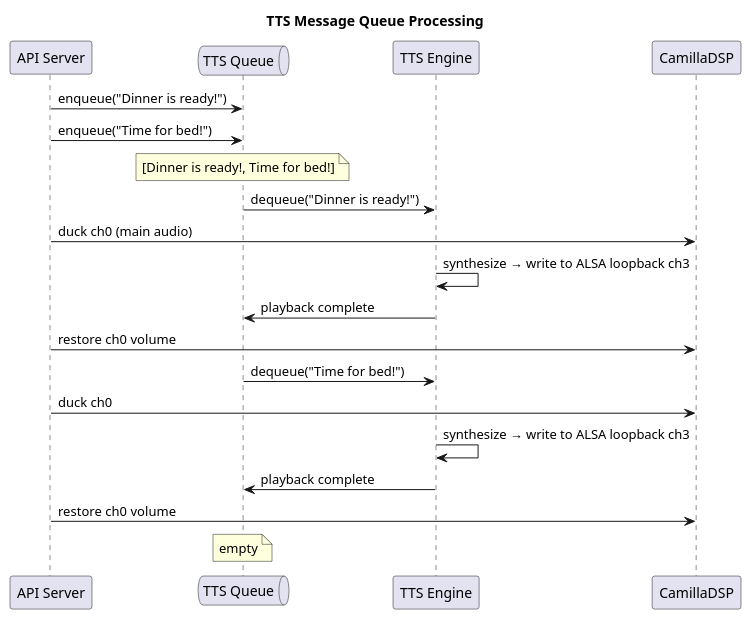
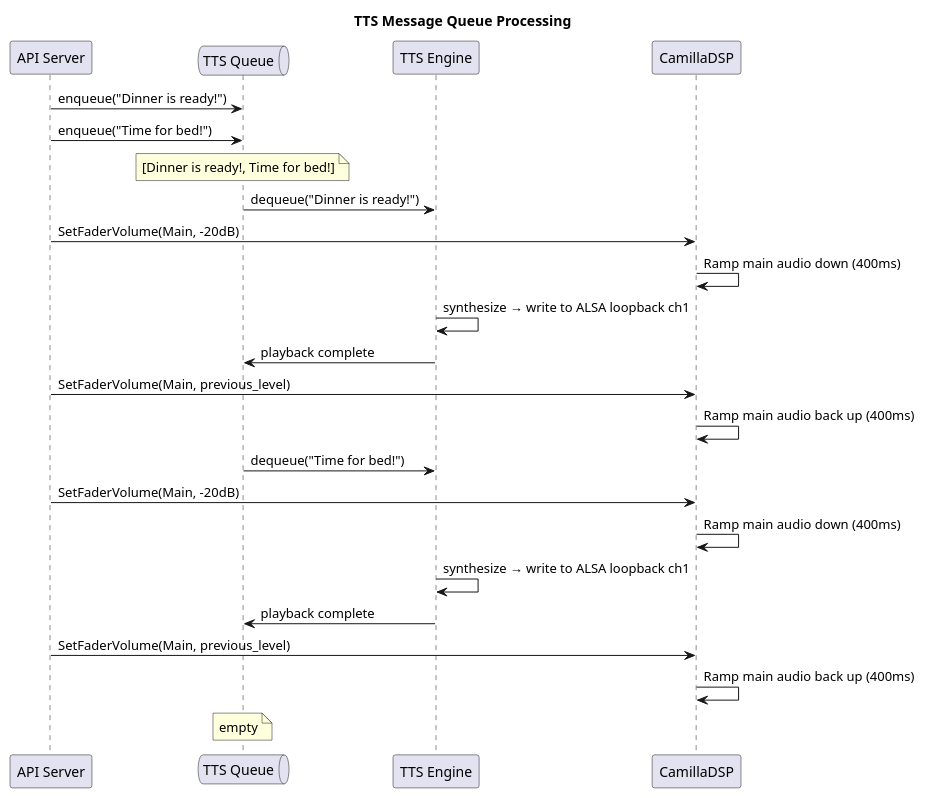
One commit to LydByDissing/kids-desktop-speaker changed the diagram in docs/source/architecture/tts-engine/index.rst. Above: the diagram before and after it, drawn with PlantUML. The commit also changed other lines of this file and 4 other files, not shown here.

First line of the commit message:
docs: CamillaDSP fader architecture — confirmed per-source volume control

```diff
--- a/docs/source/architecture/tts-engine/index.rst
+++ b/docs/source/architecture/tts-engine/index.rst
@@ -146,31 +132,35 @@
 .. plantuml::
    :caption: TTS Message Queue Processing
    :name: fig-tts-queue
 
    @startuml
    title TTS Message Queue Processing
 
    participant "API Server" as api
    queue "TTS Queue" as queue
    participant "TTS Engine" as tts
    participant "CamillaDSP" as cdsp
 
    api -> queue : enqueue("Dinner is ready!")
    api -> queue : enqueue("Time for bed!")
    note over queue: [Dinner is ready!, Time for bed!]
 
    queue -> tts : dequeue("Dinner is ready!")
-   api -> cdsp : duck ch0 (main audio)
-   tts -> tts : synthesize → write to ALSA loopback ch3
+   api -> cdsp : SetFaderVolume(Main, -20dB)
+   cdsp -> cdsp : Ramp main audio down (400ms)
+   tts -> tts : synthesize → write to ALSA loopback ch1
    tts -> queue : playback complete
-   api -> cdsp : restore ch0 volume
+   api -> cdsp : SetFaderVolume(Main, previous_level)
+   cdsp -> cdsp : Ramp main audio back up (400ms)
 
    queue -> tts : dequeue("Time for bed!")
-   api -> cdsp : duck ch0
-   tts -> tts : synthesize → write to ALSA loopback ch3
+   api -> cdsp : SetFaderVolume(Main, -20dB)
+   cdsp -> cdsp : Ramp main audio down (400ms)
+   tts -> tts : synthesize → write to ALSA loopback ch1
    tts -> queue : playback complete
-   api -> cdsp : restore ch0 volume
+   api -> cdsp : SetFaderVolume(Main, previous_level)
+   cdsp -> cdsp : Ramp main audio back up (400ms)
 
    note over queue: empty
 
    @enduml
```
